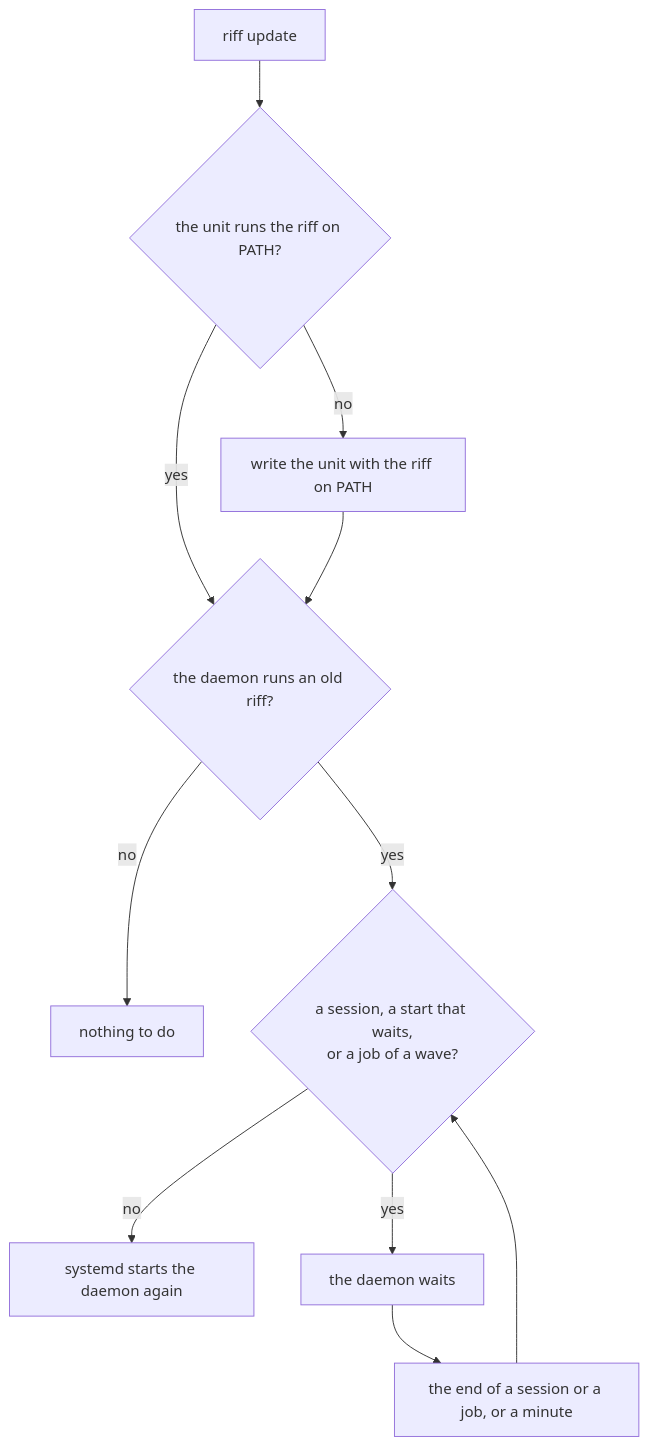
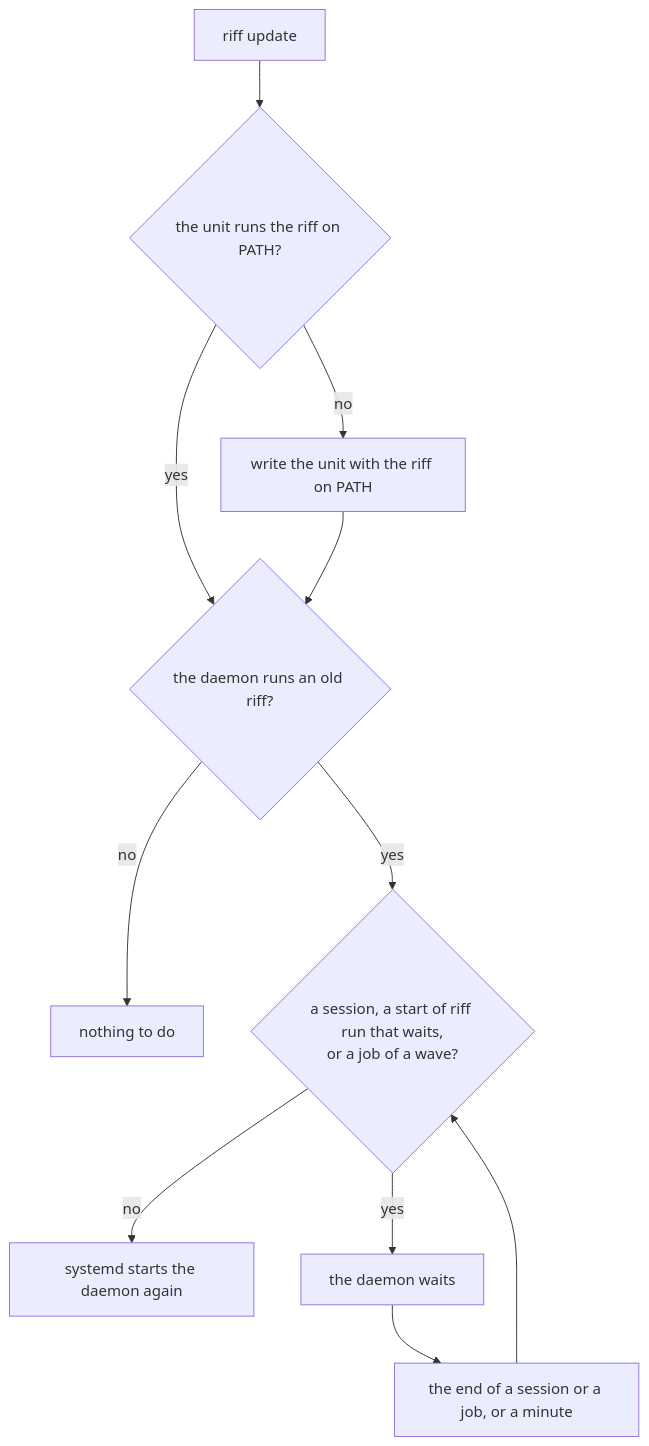
Before and after one commit to como-technologies/riff: the seventh of 57 diagrams in docs/src/how-it-works.md, drawn with Mermaid. The commit also changed other lines of this file and 3 other files, not shown here.

First line of the commit message:
A start that waits for room does not keep the riff daemon on an old riff (#1279)

````diff
--- a/docs/src/how-it-works.md
+++ b/docs/src/how-it-works.md
@@ -614,13 +616,13 @@
 ```mermaid
 flowchart TD
     U["riff update"] --> X{"the unit runs the riff on PATH?"}
     X -- no --> W["write the unit with the riff on PATH"]
     X -- yes --> O
     W --> O{"the daemon runs an old riff?"}
     O -- no --> N["nothing to do"]
-    O -- yes --> B{"a session, a start that waits,<br/>or a job of a wave?"}
+    O -- yes --> B{"a session, a start of riff run that waits,<br/>or a job of a wave?"}
     B -- no --> R["systemd starts the daemon again"]
     B -- yes --> L["the daemon waits"]
     L --> E["the end of a session or a job, or a minute"]
     E --> B
 ```
````
